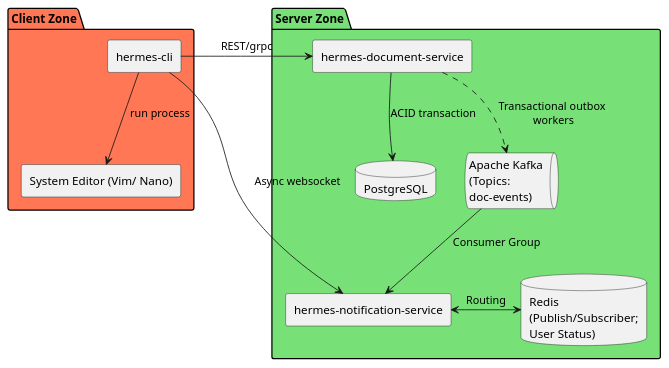
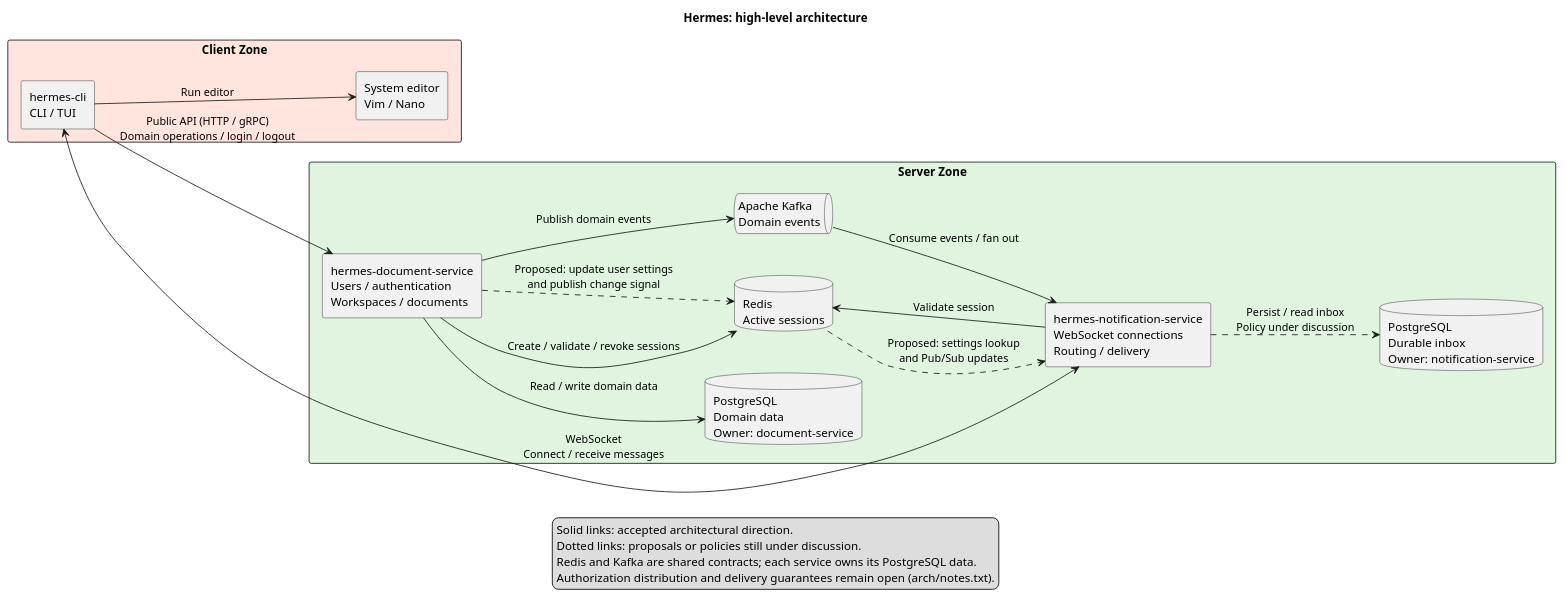
Before and after one commit to ravenclawprog/hermes: the diagram in arch/arch.puml, drawn with PlantUML. The commit also changed 24 other files, not shown here.

Commit message:
Updat for arch Add detailed architecture Adding dir decisions - for used decisions Add dir contractors - messages used with hermes-cli diagrams - some of schemase for no others

```diff
--- a/arch/arch.puml
+++ b/arch/arch.puml
@@ -1,33 +1,44 @@
 @startuml HermesBaseArch
-package "Client Zone" #ff7755{
-    rectangle "hermes-cli" as CLI {
-    
-    }
-    rectangle "System Editor (Vim/ Nano)" as SE{
-    
-    }
+title Hermes: high-level architecture
+left to right direction
+skinparam componentStyle rectangle
+skinparam packageStyle rectangle
+skinparam nodesep 50
+skinparam ranksep 60
+
+package "Client Zone" #FFE5DD {
+  component "hermes-cli\nCLI / TUI" as CLI
+  component "System editor\nVim / Nano" as Editor
 }
 
+package "Server Zone" #E0F4E0 {
+  component "hermes-document-service\nUsers / authentication\nWorkspaces / documents" as HDS
+  component "hermes-notification-service\nWebSocket connections\nRouting / delivery" as HNS
 
-package "Server Zone" #77e077{
-    rectangle "hermes-document-service" as HDS {
-    
-    }
-    rectangle "hermes-notification-service" as HNS {
-    
-    }
-    database "PostgreSQL" as PSQL 
-    queue "Apache Kafka \n(Topics:\ndoc-events)" as AK
-    database "Redis \n(Publish/Subscriber;\nUser Status)" as RED 
-
+  database "PostgreSQL\nDomain data\nOwner: document-service" as DomainDB
+  database "Redis\nActive sessions" as Redis
+  queue "Apache Kafka\nDomain events" as Kafka
+  database "PostgreSQL\nDurable inbox\nOwner: notification-service" as InboxDB
 }
 
-CLI -down-> SE:run process
-CLI -> HDS:REST/grpc
-CLI -> HNS:Async websocket
+CLI --> Editor : Run editor
+CLI --> HDS : Public API (HTTP / gRPC)\nDomain operations / login / logout
+CLI <--> HNS : WebSocket\nConnect / receive messages
 
-HDS -down-> PSQL:ACID transaction
-HDS -down.> AK:Transactional outbox\n workers
-AK -down-> HNS:Consumer Group
-HNS  <-right-> RED:Routing
+HDS --> DomainDB : Read / write domain data
+HDS --> Redis : Create / validate / revoke sessions
+HNS --> Redis : Validate session
+HDS --> Kafka : Publish domain events
+Kafka --> HNS : Consume events / fan out
+HNS ..> InboxDB : Persist / read inbox\nPolicy under discussion
+
+HDS ..> Redis : Proposed: update user settings\nand publish change signal
+Redis ..> HNS : Proposed: settings lookup\nand Pub/Sub updates
+
+legend bottom
+  Solid links: accepted architectural direction.
+  Dotted links: proposals or policies still under discussion.
+  Redis and Kafka are shared contracts; each service owns its PostgreSQL data.
+  Authorization distribution and delivery guarantees remain open (arch/notes.txt).
+endlegend
 @enduml
```
